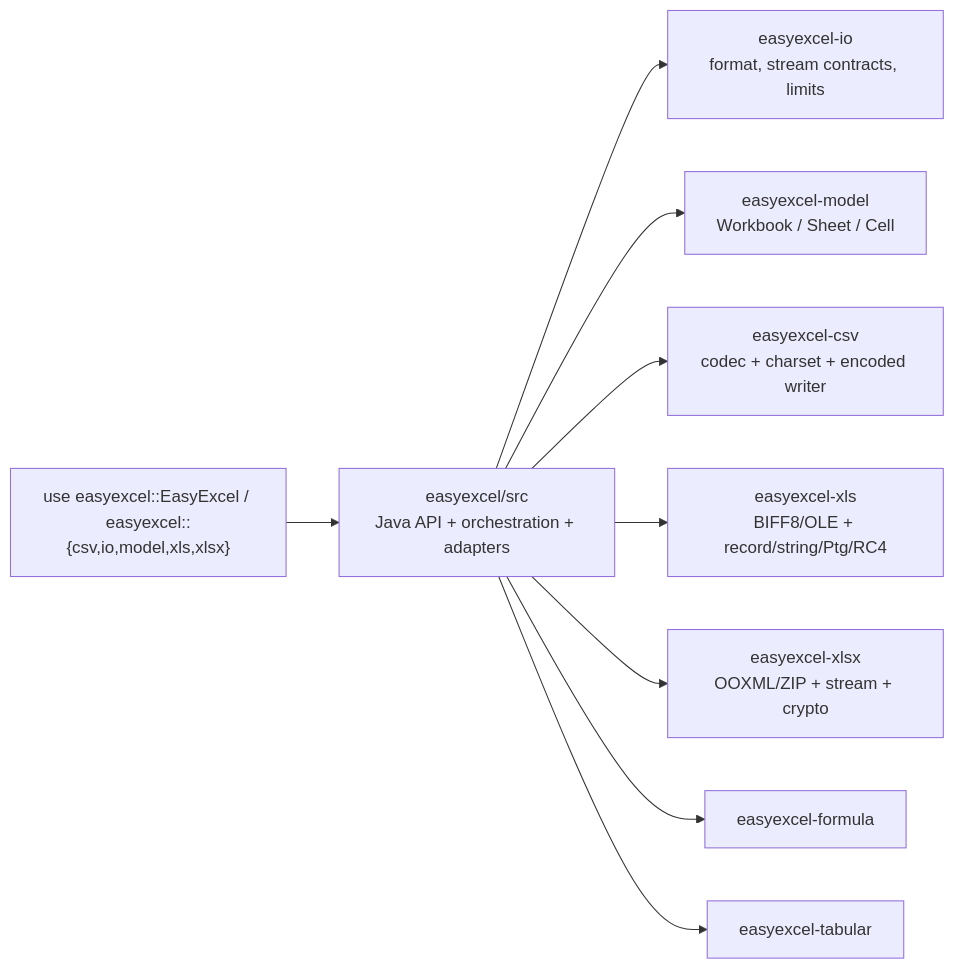
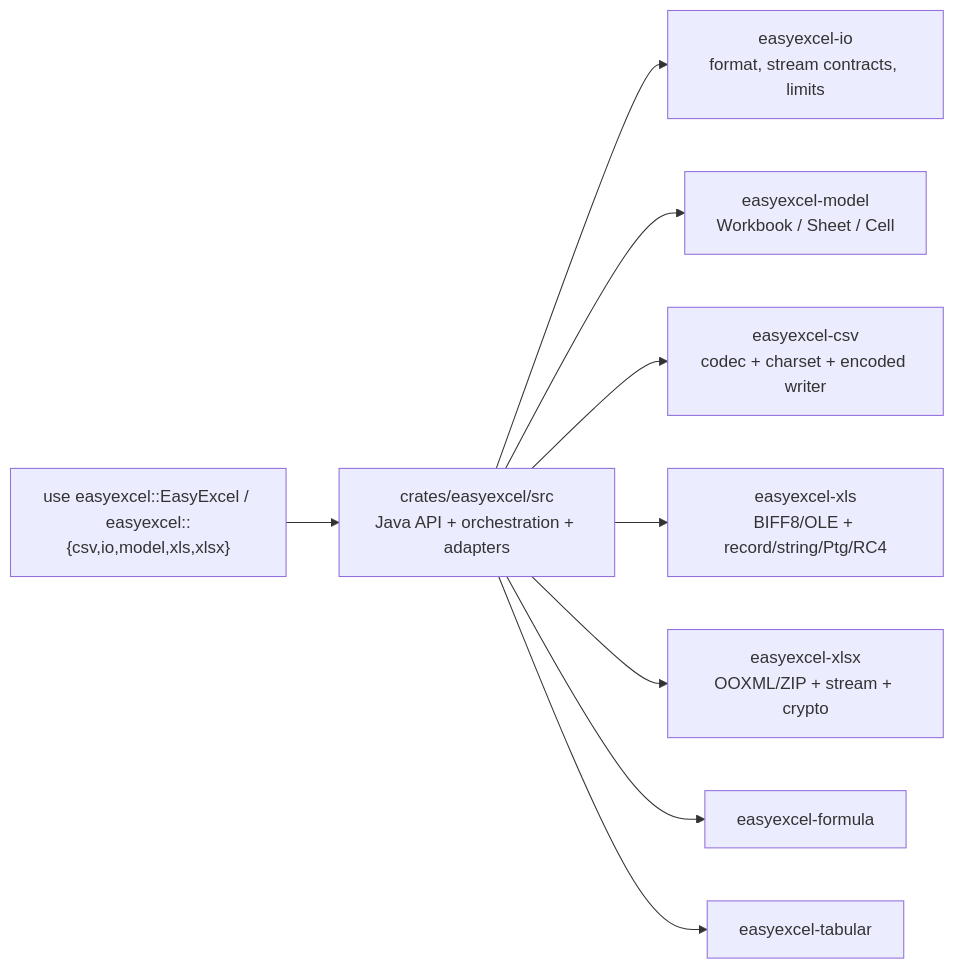
The second of 2 diagrams in docs/ARCHITECTURE.md (easy-4-rust/easyexcel-rust), drawn with Mermaid before and after one commit. The commit also changed other lines of this file and 7 other files, not shown here.

````diff
--- a/docs/ARCHITECTURE.md
+++ b/docs/ARCHITECTURE.md
@@ -47,21 +47,21 @@
 ```mermaid
 flowchart LR
     User["use easyexcel::EasyExcel / easyexcel::{csv,io,model,xls,xlsx}"]
-    Facade["easyexcel/src\nJava API + orchestration + adapters"]
+    Facade["crates/easyexcel/src\nJava API + orchestration + adapters"]
     IO["easyexcel-io\nformat, stream contracts, limits"]
     Model["easyexcel-model\nWorkbook / Sheet / Cell"]
     CSV["easyexcel-csv\ncodec + charset + encoded writer"]
     XLS["easyexcel-xls\nBIFF8/OLE + record/string/Ptg/RC4"]
     XLSX["easyexcel-xlsx\nOOXML/ZIP + stream + crypto"]
     Formula["easyexcel-formula"]
     Tabular["easyexcel-tabular"]
 
     User --> Facade
     Facade --> IO
     Facade --> Model
     Facade --> CSV
     Facade --> XLS
     Facade --> XLSX
     Facade --> Formula
     Facade --> Tabular
 ```
````
